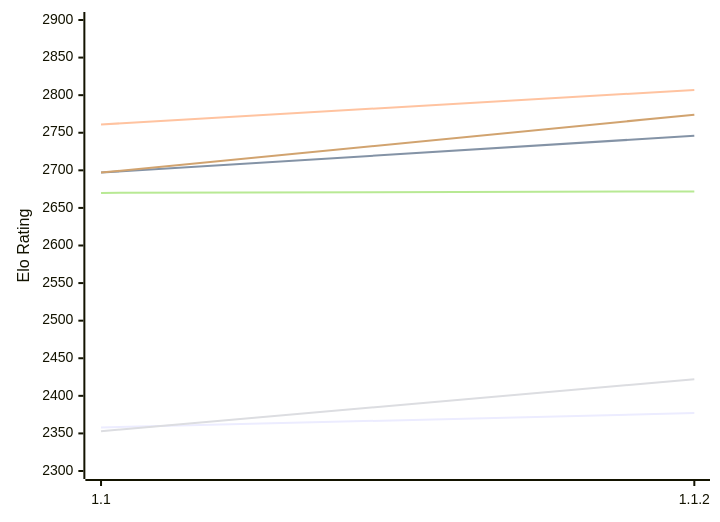
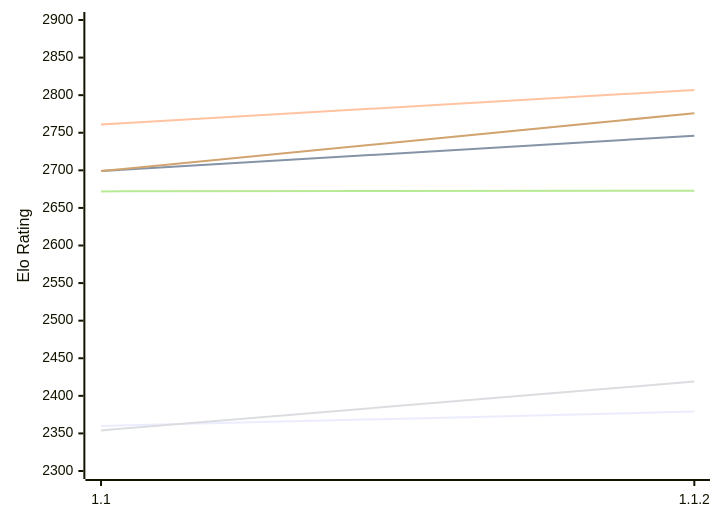
Before and after one commit to computer-chess-index/cci: the first of 2 diagrams in engines/Casanchess.md, drawn with Mermaid. The commit also changed other lines of this file, not shown here.

Commit message:
Update CCI Ratings (ELO VLTC) - 2026-11-19

````diff
--- a/engines/Casanchess.md
+++ b/engines/Casanchess.md
@@ -51,12 +51,12 @@
 ```mermaid
 %%{init: {"theme":"base","themeVariables":{"seriesColors:['#a3a3a3','#222221','#faa371']}}}%%
 xychart-beta
   x-axis ["1.1", "1.1.2"]
   y-axis "Elo Rating" 2300 --> 2900
-  line "E1: STC (8.0+0.08s)" [2358, 2377]
-  line "E1: LTC (60.0+0.60s)" [2697, 2746]
+  line "E1: STC (8.0+0.08s)" [2360, 2379]
+  line "E1: LTC (60.0+0.60s)" [2699, 2746]
   line "E1: VLTC (2m24s+1.12s)" [2761, 2807]
-  line "P1: STC (8.0+0.08s)" [2353, 2422]
-  line "P1: LTC (60.0+0.60s)" [2670, 2672]
-  line "P1: VLTC (2m24s+1.12s)" [2697, 2774]
+  line "P1: STC (8.0+0.08s)" [2354, 2419]
+  line "P1: LTC (60.0+0.60s)" [2672, 2673]
+  line "P1: VLTC (2m24s+1.12s)" [2699, 2776]
 ```
````
